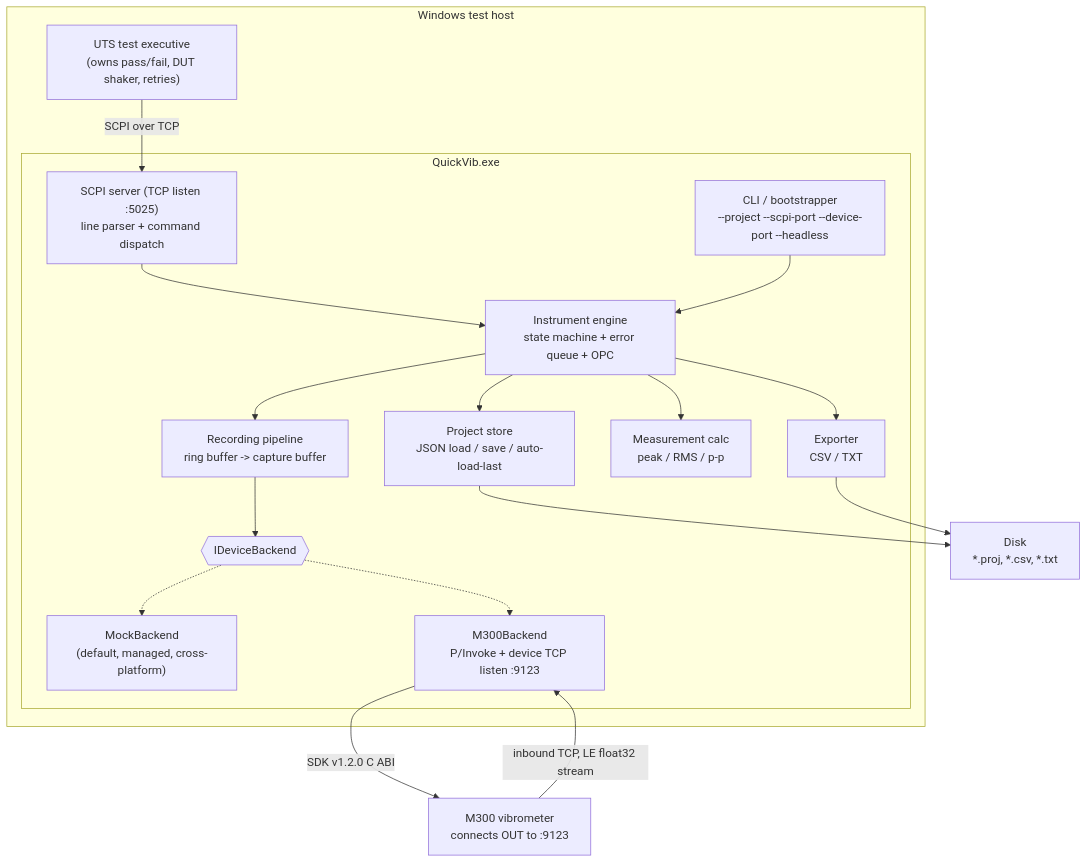
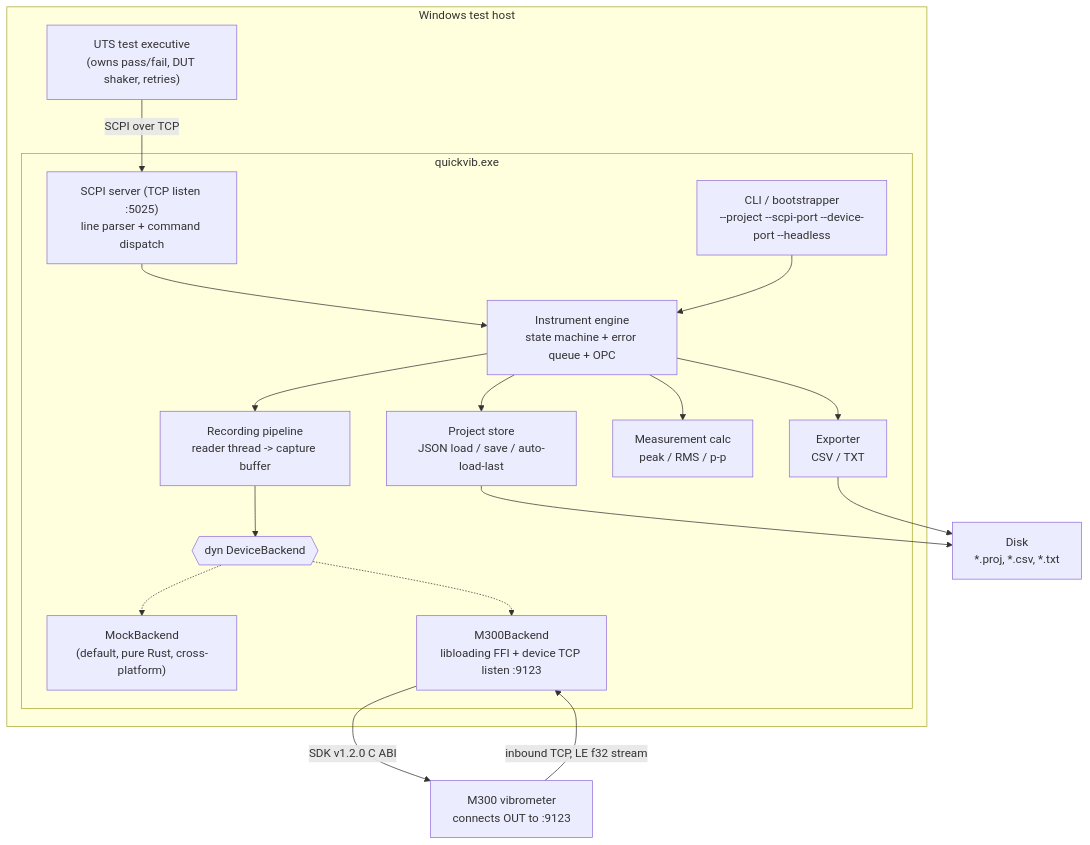
One commit to 9997433-bit/QuickVib changed the first of 3 diagrams in docs/PLAN.md. Above: the diagram before and after it, drawn with Mermaid. The commit also changed other lines of this file, not shown here.

Commit message:
docs: migrate plan from .NET to Rust stack

````diff
--- a/docs/PLAN.md
+++ b/docs/PLAN.md
@@ -144,37 +171,37 @@
 ```mermaid
 graph TB
     subgraph Host["Windows test host"]
         UTS["UTS test executive<br/>(owns pass/fail, DUT shaker, retries)"]
 
-        subgraph QV["QuickVib.exe"]
+        subgraph QV["quickvib.exe"]
             CLI["CLI / bootstrapper<br/>--project --scpi-port --device-port --headless"]
             SCPI["SCPI server (TCP listen :5025)<br/>line parser + command dispatch"]
             ENG["Instrument engine<br/>state machine + error queue + OPC"]
             PROJ["Project store<br/>JSON load / save / auto-load-last"]
-            REC["Recording pipeline<br/>ring buffer -> capture buffer"]
+            REC["Recording pipeline<br/>reader thread -> capture buffer"]
             CALC["Measurement calc<br/>peak / RMS / p-p"]
             EXP["Exporter<br/>CSV / TXT"]
-            BE{{"IDeviceBackend"}}
-            MOCK["MockBackend<br/>(default, managed, cross-platform)"]
-            M300["M300Backend<br/>P/Invoke + device TCP listen :9123"]
+            BE{{"dyn DeviceBackend"}}
+            MOCK["MockBackend<br/>(default, pure Rust, cross-platform)"]
+            M300["M300Backend<br/>libloading FFI + device TCP listen :9123"]
         end
     end
 
     DEV["M300 vibrometer<br/>connects OUT to :9123"]
     FS["Disk<br/>*.proj, *.csv, *.txt"]
 
     UTS -- "SCPI over TCP" --> SCPI
     SCPI --> ENG
     ENG --> PROJ
     ENG --> REC
     ENG --> CALC
     ENG --> EXP
     REC --> BE
     BE -.-> MOCK
     BE -.-> M300
-    DEV -- "inbound TCP, LE float32 stream" --> M300
+    DEV -- "inbound TCP, LE f32 stream" --> M300
     M300 -- "SDK v1.2.0 C ABI" --> DEV
     PROJ --> FS
     EXP --> FS
     CLI --> ENG
 ```
````
